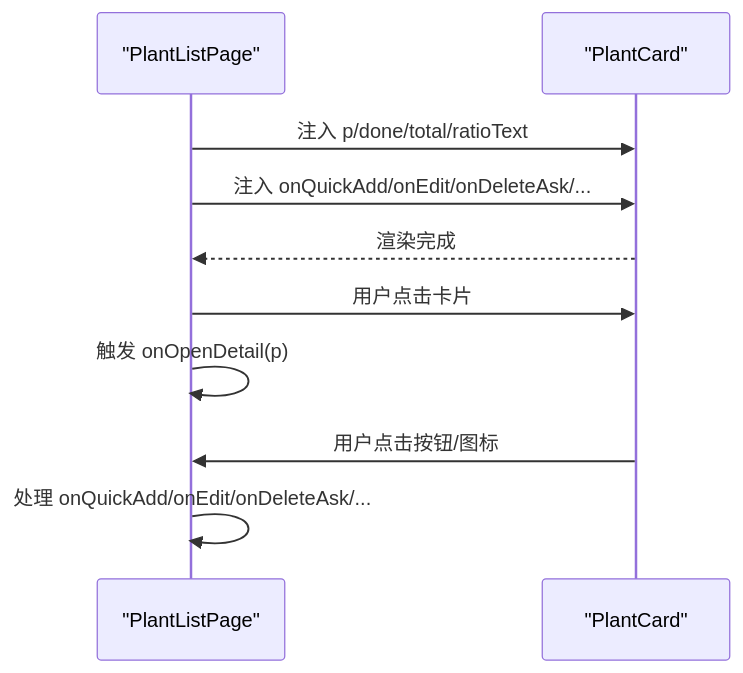
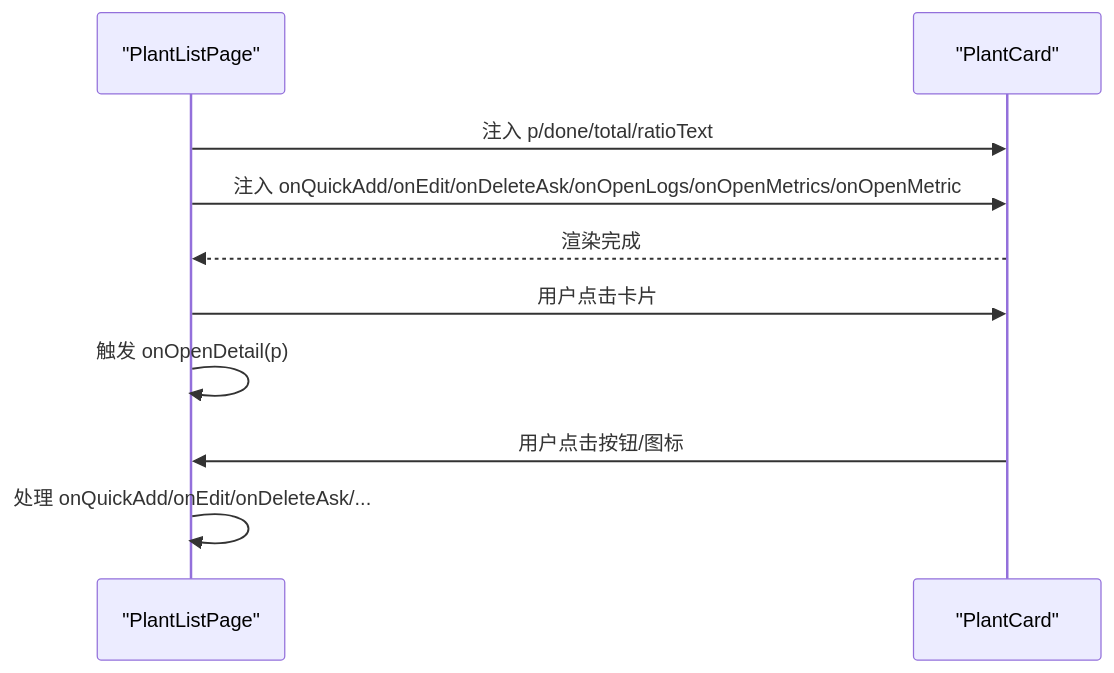
Before and after one commit to mmt1202/PlantModel: the sixth of 7 diagrams in .qoder/repowiki/zh/content/UI组件/植物卡片组件 PlantCard.md, drawn with Mermaid. The commit also changed other lines of this file and 14 other files, not shown here.

````diff
--- a/.qoder/repowiki/zh/content/UI组件/植物卡片组件 PlantCard.md
+++ b/.qoder/repowiki/zh/content/UI组件/植物卡片组件 PlantCard.md
@@ -232,12 +285,12 @@
 ```mermaid
 sequenceDiagram
 participant PLP as "PlantListPage"
 participant Card as "PlantCard"
 PLP->>Card : 注入 p/done/total/ratioText
-PLP->>Card : 注入 onQuickAdd/onEdit/onDeleteAsk/...
+PLP->>Card : 注入 onQuickAdd/onEdit/onDeleteAsk/onOpenLogs/onOpenMetrics/onOpenMetric
 Card-->>PLP : 渲染完成
 PLP->>Card : 用户点击卡片
 PLP->>PLP : 触发 onOpenDetail(p)
 Card->>PLP : 用户点击按钮/图标
 PLP->>PLP : 处理 onQuickAdd/onEdit/onDeleteAsk/...
 ```
````
